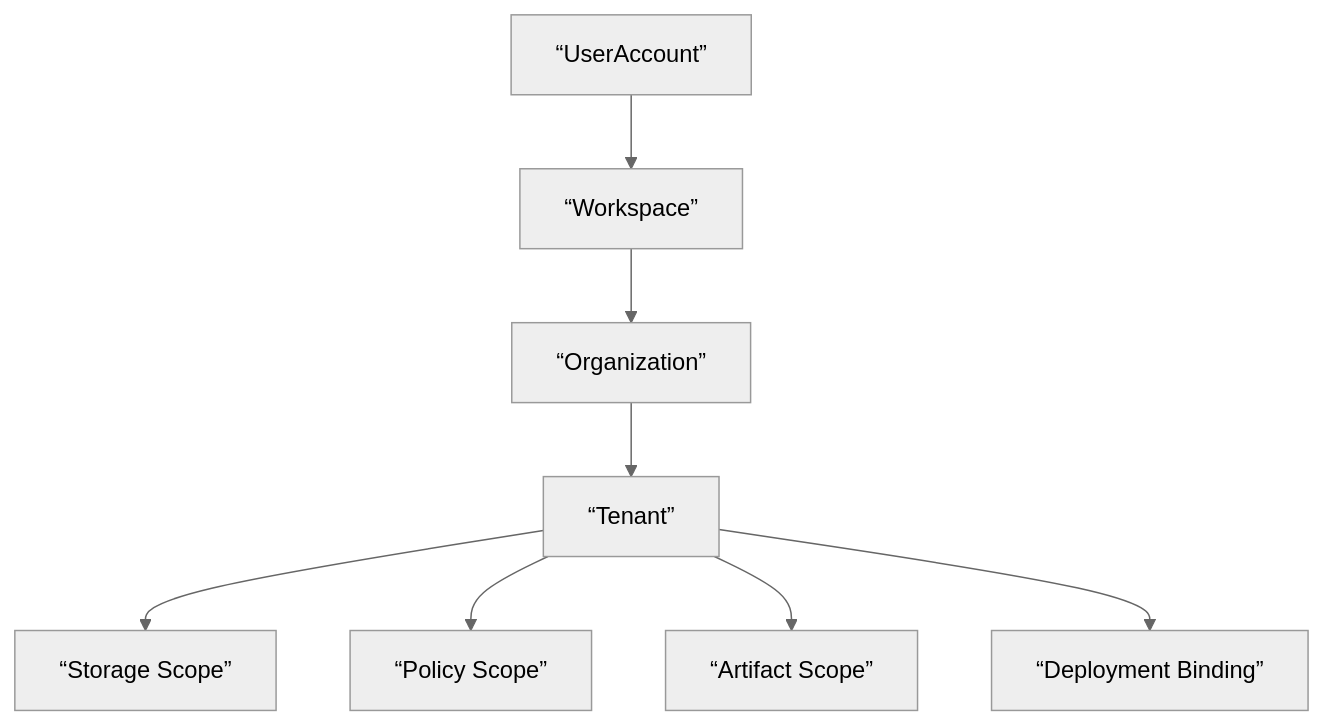
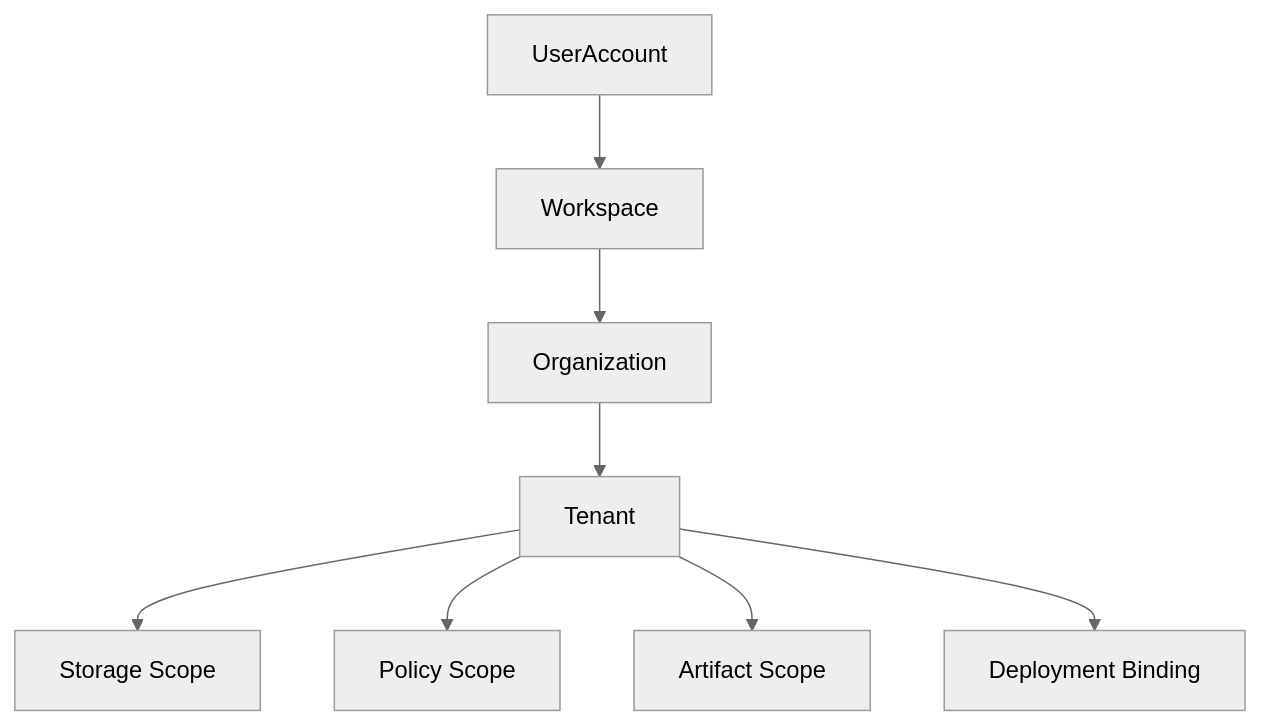
One commit to HoldenShen-hz/automatic-agent-platform changed the first of 3 diagrams in docs_en/contracts/tenant_and_organization_contract.md. Above: the diagram before and after it, drawn with Mermaid (neutral theme). The commit also changed other lines of this file and 146 other files, not shown here.

````diff
--- a/docs_en/contracts/tenant_and_organization_contract.md
+++ b/docs_en/contracts/tenant_and_organization_contract.md
@@ -32,10 +49,10 @@
 ```mermaid
 flowchart TD
-    A[“UserAccount”] --> B[“Workspace”]
-    B --> C[“Organization”]
-    C --> D[“Tenant”]
-    D --> E[“Storage Scope”]
-    D --> F[“Policy Scope”]
-    D --> G[“Artifact Scope”]
-    D --> H[“Deployment Binding”]
+    A["UserAccount"] --> B["Workspace"]
+    B --> C["Organization"]
+    C --> D["Tenant"]
+    D --> E["Storage Scope"]
+    D --> F["Policy Scope"]
+    D --> G["Artifact Scope"]
+    D --> H["Deployment Binding"]
 ```
````
